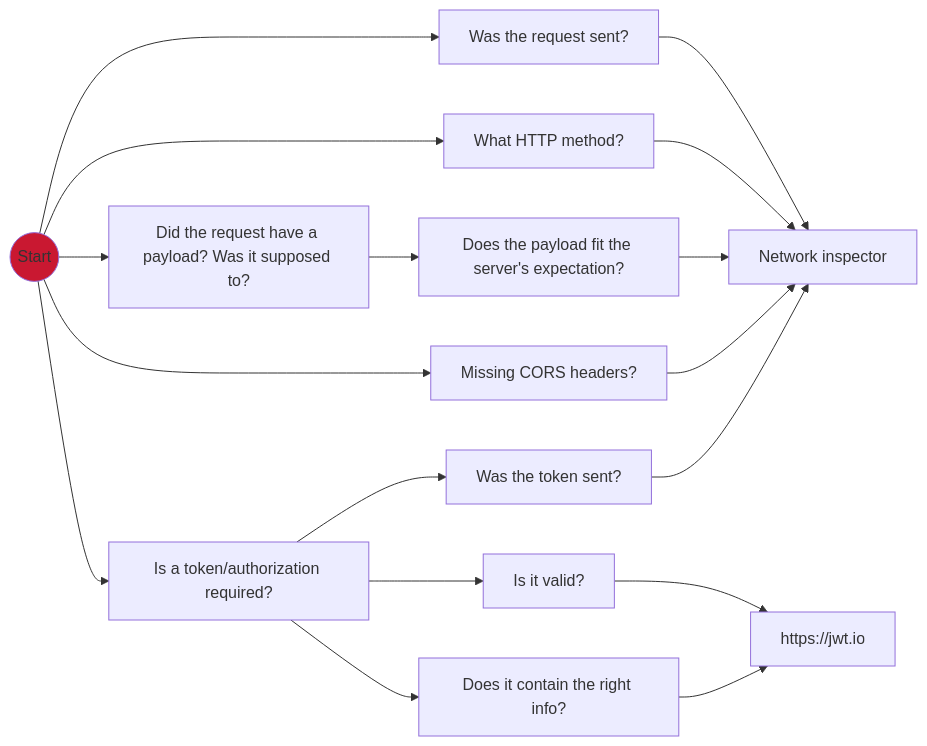
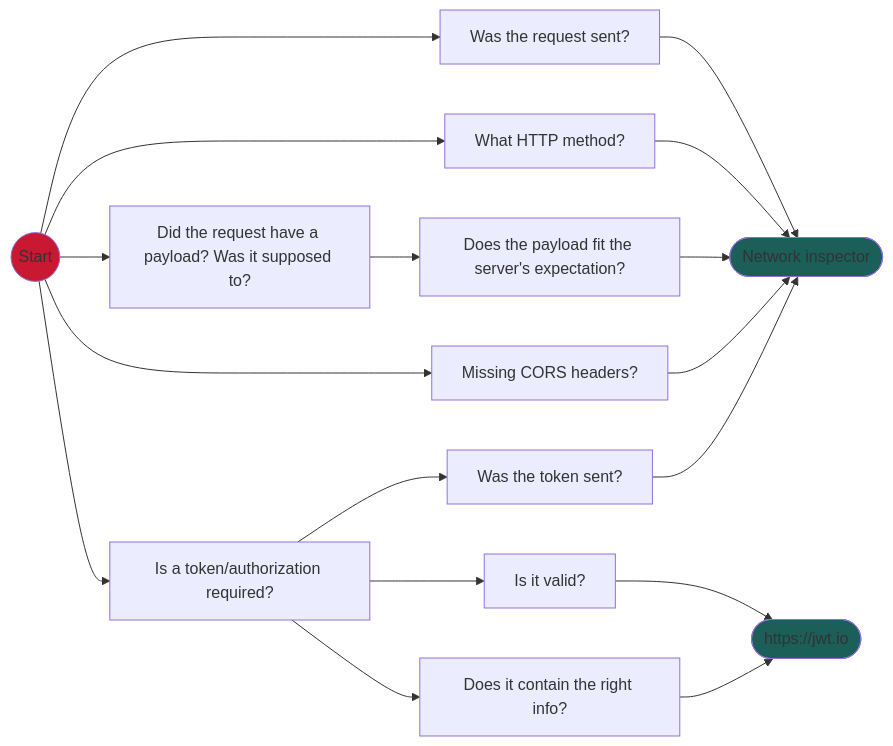
Before and after one commit to zspitz/debuggingProcess: the third of 5 diagrams in README.md, drawn with Mermaid. The commit also changed other lines of this file, not shown here.

````diff
--- a/README.md
+++ b/README.md
@@ -66,20 +83,22 @@
 ```mermaid
 graph LR
 Start((Start)) --> N074[Was the request sent?]
 
 Start --> N075[What HTTP method?]
 
 Start --> N076[Did the request have a payload? Was it supposed to?] --> N077[Does the payload fit the server's expectation?]
 
 Start --> N078[Missing CORS headers?]
 
-N074 & N075 & N077 & N078 --> N079[Network inspector]
+N074 & N075 & N077 & N078 --> N079([Network inspector])
 
 Start --> N080[Is a token/authorization required?] --> N081[Was the token sent?] & N082[Is it valid?] & N083[Does it contain the right info?]
 
 N081 --> N079
 
-N082 & N083 --> N084[https://jwt.io]
+N082 & N083 --> N084([https://jwt.io])
 
 style Start fill:#c91831
+style N079 fill:#1b5f58
+style N084 fill:#1b5f58
 ```
````
